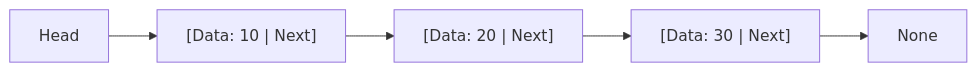
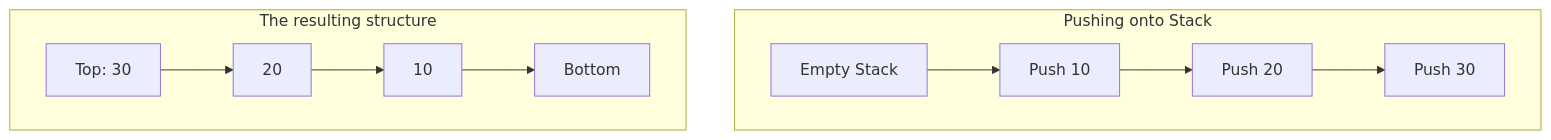
The diagram in Day10/Day10_Detailed_Notes.md (nagamadhuri9999/ADSA_python_Mallineni), drawn with Mermaid before and after one commit. The commit also changed other lines of this file and 8 other files, not shown here.

````diff
--- a/Day10/Day10_Detailed_Notes.md
+++ b/Day10/Day10_Detailed_Notes.md
@@ -49,7 +30,14 @@
 ```mermaid
-graph LR
-    A["Head"] --> B["[Data: 10 | Next]"]
-    B --> C["[Data: 20 | Next]"]
-    C --> D["[Data: 30 | Next]"]
-    D --> E["None"]
+graph TD
+    subgraph "Pushing onto Stack"
+    A[Empty Stack] --> B[Push 10]
+    B --> C[Push 20]
+    C --> D[Push 30]
+    end
+    
+    subgraph "The resulting structure"
+    E[Top: 30] --> F[20]
+    F --> G[10]
+    G --> H[Bottom]
+    end
 ```
````
